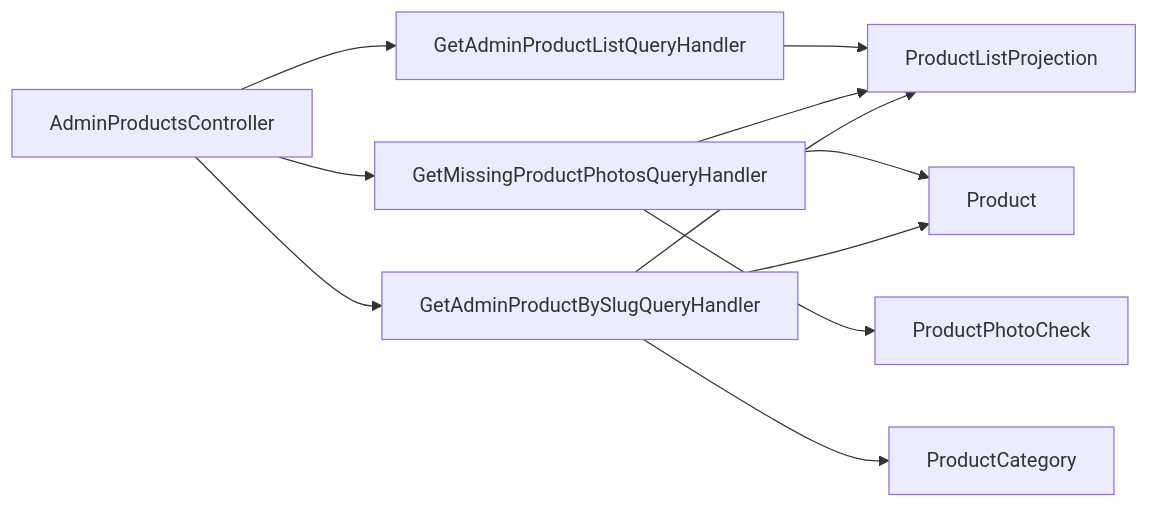
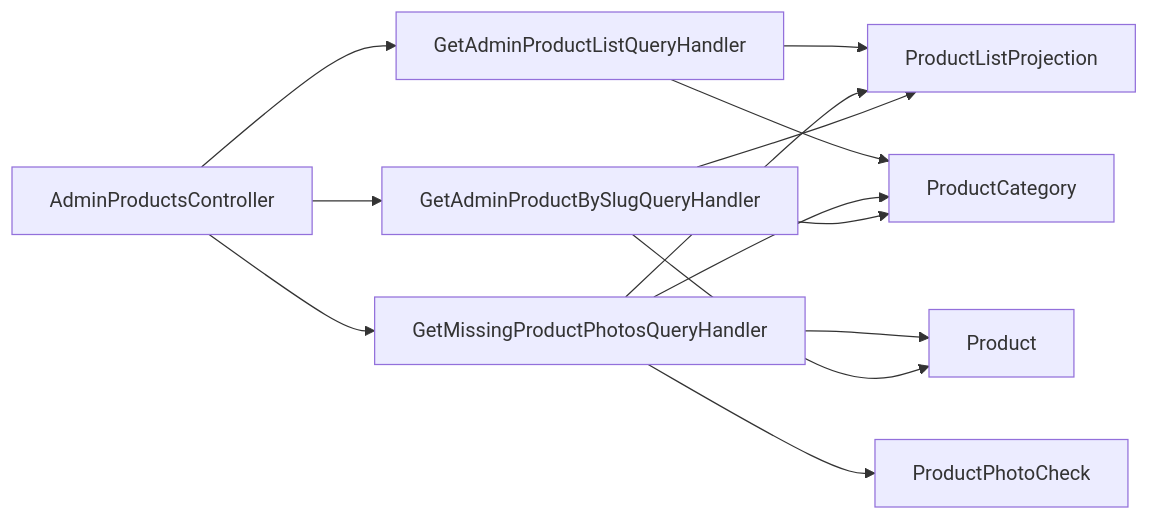
One commit to Weretik/KedrStore changed the diagram in docs/sdd/features/catalog/admin-products.md. Above: the diagram before and after it, drawn with Mermaid. The commit also changed other lines of this file and 19 other files, not shown here.

Commit message:
feat(catalog): support admin product category table filtering

````diff
--- a/docs/sdd/features/catalog/admin-products.md
+++ b/docs/sdd/features/catalog/admin-products.md
@@ -30,13 +35,15 @@
 ```mermaid
 flowchart LR
     A["AdminProductsController"] --> B["GetAdminProductListQueryHandler"]
     A --> C["GetMissingProductPhotosQueryHandler"]
     A --> G["GetAdminProductBySlugQueryHandler"]
     B --> D["ProductListProjection"]
+    B --> H["ProductCategory"]
     C --> D
+    C --> H
     C --> E["Product"]
     C --> F["ProductPhotoCheck"]
     G --> D
     G --> E
     G --> H["ProductCategory"]
 ```
````
